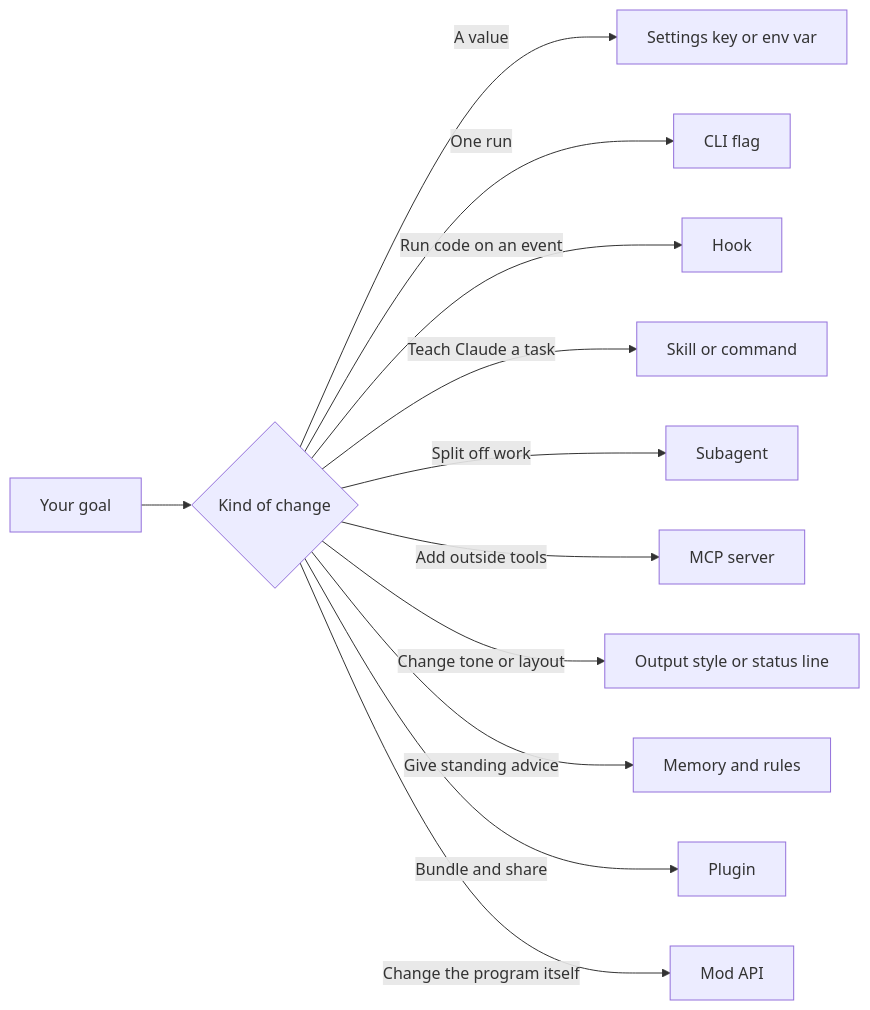
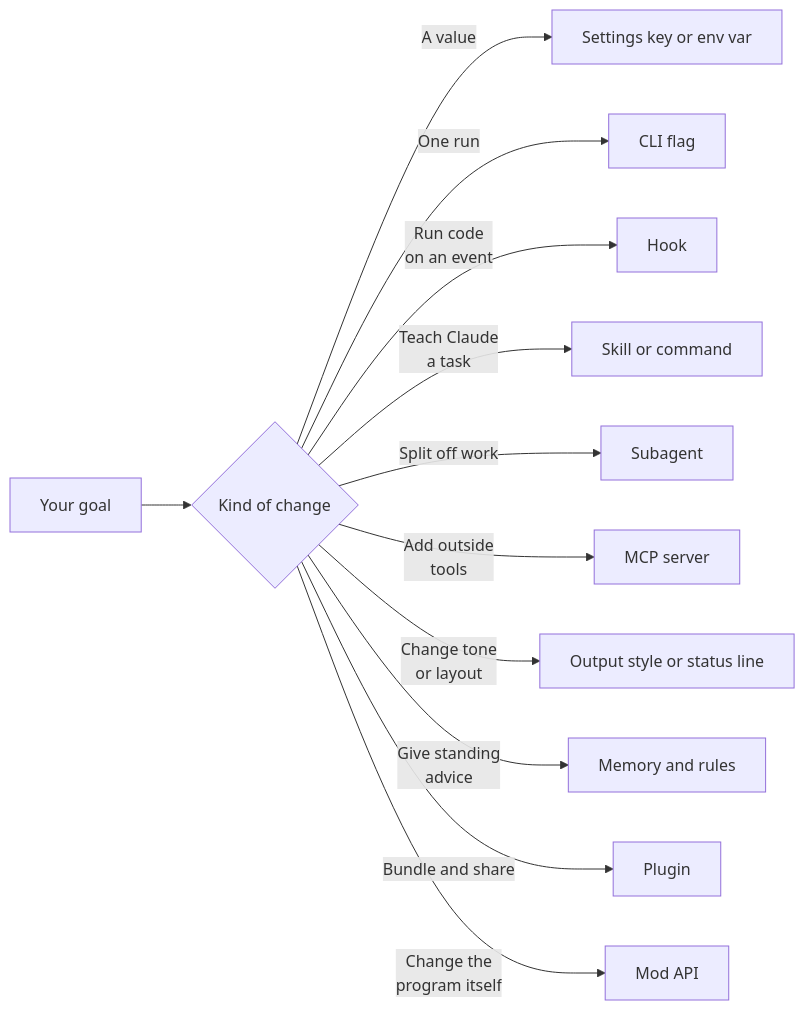
Before and after one commit to xsyetopz/claude-code-docs: the diagram in docs/start/what-can-i-change.md, drawn with Mermaid. The commit also changed 106 other files, not shown here.

````diff
--- a/docs/start/what-can-i-change.md
+++ b/docs/start/what-can-i-change.md
@@ -23,14 +23,14 @@
 ```mermaid
 flowchart LR
   G[Your goal] --> C{Kind of change}
   C -->|A value| S[Settings key or env var]
   C -->|One run| F[CLI flag]
-  C -->|Run code on an event| H[Hook]
-  C -->|Teach Claude a task| K[Skill or command]
+  C -->|"Run code<br/>on an event"| H[Hook]
+  C -->|"Teach Claude<br/>a task"| K[Skill or command]
   C -->|Split off work| A[Subagent]
-  C -->|Add outside tools| M[MCP server]
-  C -->|Change tone or layout| O[Output style or status line]
-  C -->|Give standing advice| R[Memory and rules]
+  C -->|"Add outside<br/>tools"| M[MCP server]
+  C -->|"Change tone<br/>or layout"| O[Output style or status line]
+  C -->|"Give standing<br/>advice"| R[Memory and rules]
   C -->|Bundle and share| P[Plugin]
-  C -->|Change the program itself| X[Mod API]
+  C -->|"Change the<br/>program itself"| X[Mod API]
 ```
````
